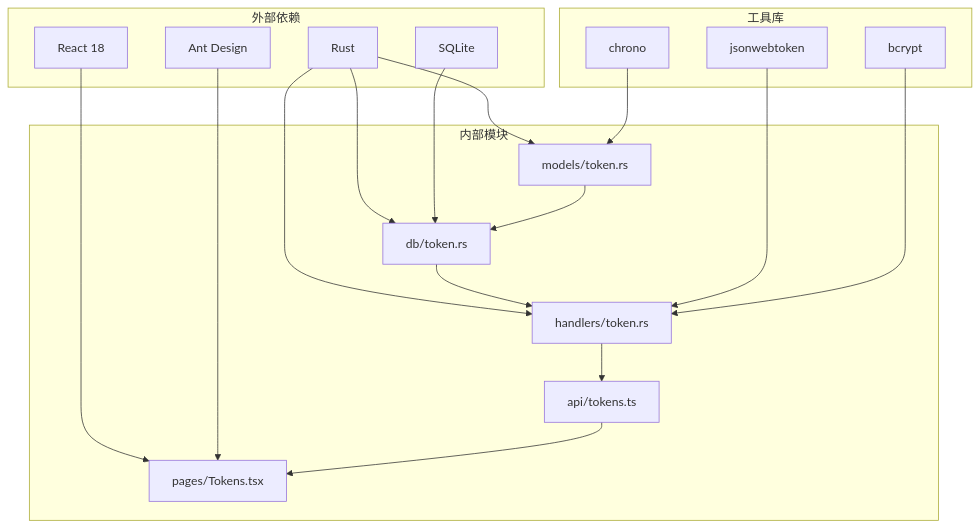
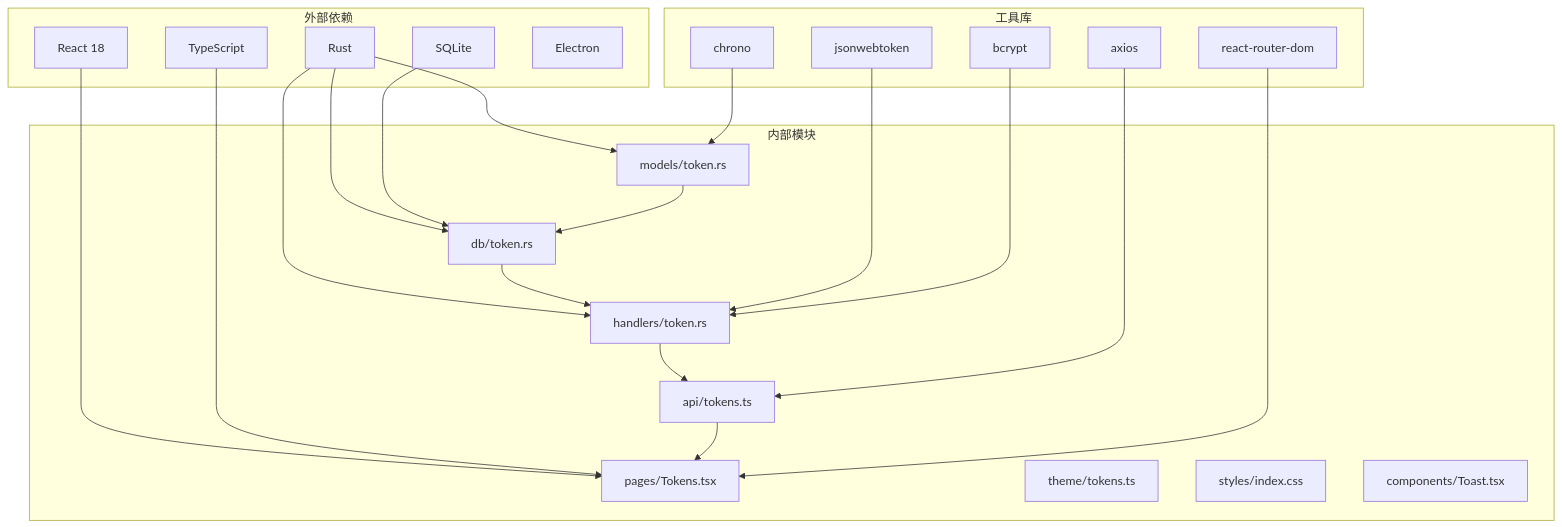
One commit to leimu-hue/AI-Trend-Tool changed the tenth of 10 diagrams in .qoder/repowiki/zh/content/开发指南/前端开发指南/令牌管理页面.md. Above: the diagram before and after it, drawn with Mermaid. The commit also changed other lines of this file and 5 other files, not shown here.

````diff
--- a/.qoder/repowiki/zh/content/开发指南/前端开发指南/令牌管理页面.md
+++ b/.qoder/repowiki/zh/content/开发指南/前端开发指南/令牌管理页面.md
@@ -322,34 +434,42 @@
 ```mermaid
 graph TB
 subgraph "外部依赖"
 A[React 18]
-B[Ant Design]
-C[Rust]
-D[SQLite]
+B[Rust]
+C[SQLite]
+D[TypeScript]
+E[Electron]
 end
 subgraph "内部模块"
-E[models/token.rs]
-F[db/token.rs]
-G[handlers/token.rs]
-H[api/tokens.ts]
-I[pages/Tokens.tsx]
+F[models/token.rs]
+G[db/token.rs]
+H[handlers/token.rs]
+I[api/tokens.ts]
+J[pages/Tokens.tsx]
+K[theme/tokens.ts]
+L[styles/index.css]
+M[components/Toast.tsx]
 end
 subgraph "工具库"
-J[jsonwebtoken]
-K[bcrypt]
-L[chrono]
+N[jsonwebtoken]
+O[bcrypt]
+P[chrono]
+Q[axios]
+R[react-router-dom]
 end
-A --> I
-B --> I
-C --> E
-C --> F
+A --> J
+D --> J
+B --> F
+B --> G
+B --> H
 C --> G
-D --> F
-E --> F
 F --> G
 G --> H
 H --> I
-J --> G
-K --> G
-L --> E
+I --> J
+N --> H
+O --> H
+P --> F
+Q --> I
+R --> J
 ```
````
